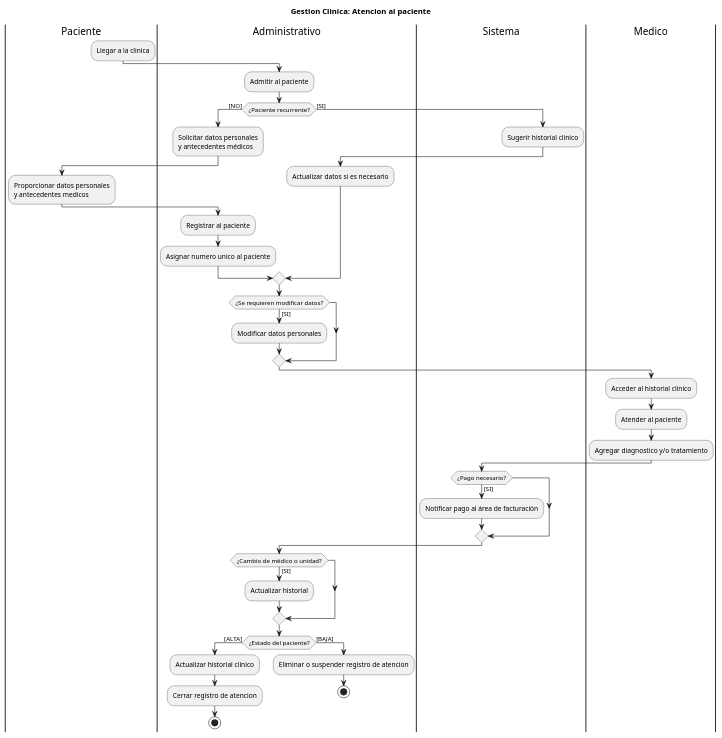
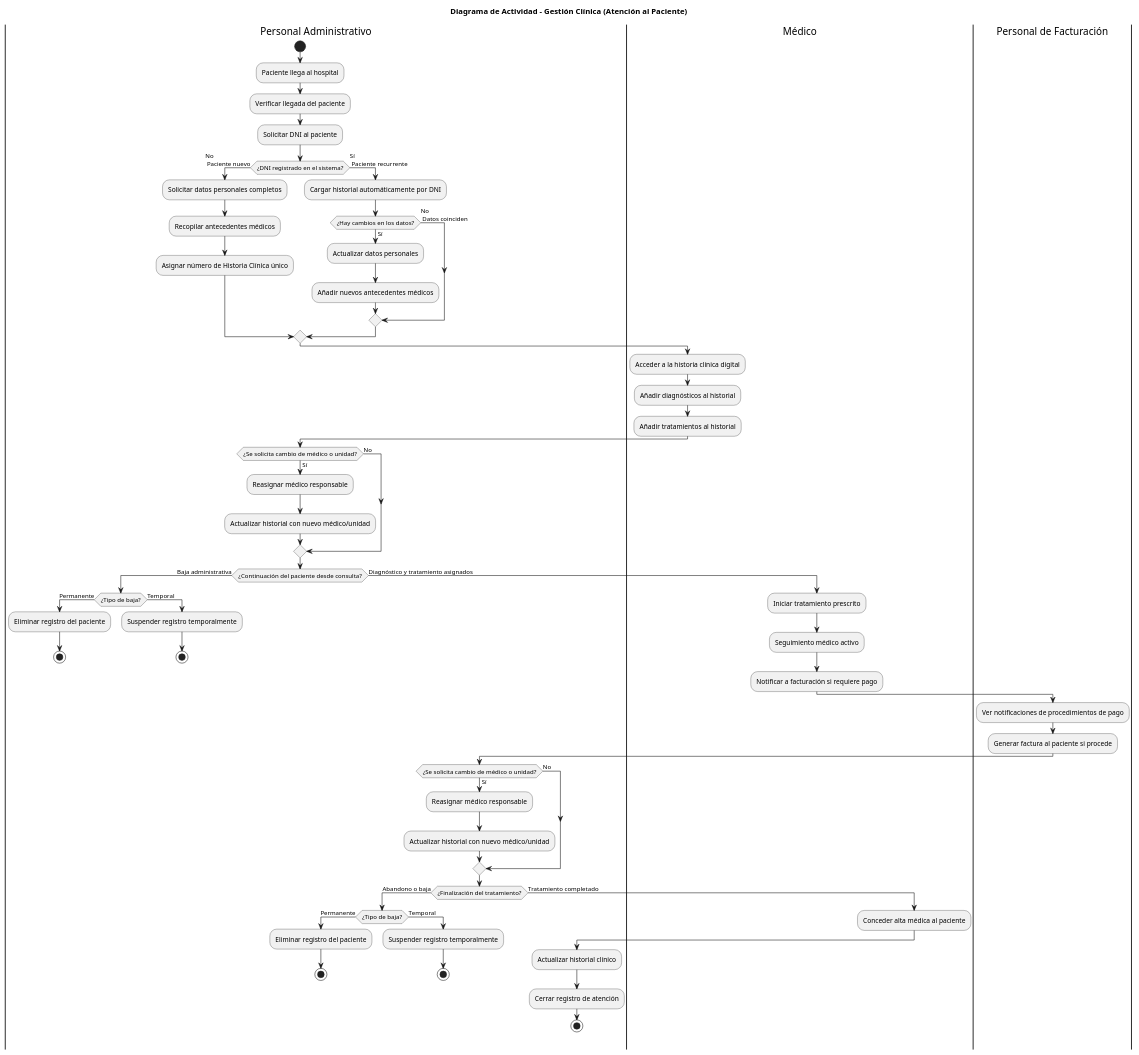
One commit to ATSUSHINICA/Proyecto changed the diagram in Diagramas/Diagrama de actividad/Diagrama_actividad.plantuml. Above: the diagram before and after it, drawn with PlantUML. The commit also changed 14 other files, not shown here.

Commit message:
commit co nlos diagramas de casos

```diff
--- a/Diagramas/Diagrama de actividad/Diagrama_actividad.plantuml
+++ b/Diagramas/Diagrama de actividad/Diagrama_actividad.plantuml
@@ -1,58 +1,137 @@
 @startuml
-title Gestion Clinica: Atencion al paciente
+title Diagrama de Actividad - Gestión Clínica (Atención al Paciente)
 
-|Paciente|
-:Llegar a la clinica;
+|Personal Administrativo|
+start
 
-|Administrativo|
-:Admitir al paciente;
+:Paciente llega al hospital;
+:Verificar llegada del paciente;
+:Solicitar DNI al paciente;
 
-if (¿Paciente recurrente?) then ([NO])
-    |Administrativo|
-    :Solicitar datos personales 
-    y antecedentes médicos;
-    
-    |Paciente|
-    :Proporcionar datos personales 
-    y antecedentes medicos;
-    
-    |Administrativo|
-    :Registrar al paciente;
-    :Asignar numero unico al paciente;
-else ([SI])
-    |Sistema|
-    :Sugerir historial clinico;
-    
-    |Administrativo|
-    :Actualizar datos si es necesario;
-end if;
+if (¿DNI registrado en el sistema?) then (No  \n Paciente nuevo)
 
-|Administrativo|
-if (¿Se requieren modificar datos?) then ([SI])
-    :Modificar datos personales;
-end if;
+    :Solicitar datos personales completos;
 
-|Medico|
-:Acceder al historial clinico;
-:Atender al paciente;
-:Agregar diagnostico y/o tratamiento;
+    :Recopilar antecedentes médicos;
 
-|Sistema|
-if (¿Pago necesario?) then ([SI])
-    :Notificar pago al área de facturación;
-end if;
+    :Asignar número de Historia Clínica único;
 
-|Administrativo|
-if (¿Cambio de médico o unidad?) then ([SI])
-    :Actualizar historial;
-end if;
 
-if (¿Estado del paciente?) then ([ALTA])
-    :Actualizar historial clinico;
-    :Cerrar registro de atencion;
-    stop
-else ([BAJA])
-    :Eliminar o suspender registro de atencion;
-    stop
-end if;
+else (Sí \n Paciente recurrente)
+
+    :Cargar historial automáticamente por DNI;
+
+
+    if (¿Hay cambios en los datos?) then (Sí)
+        :Actualizar datos personales;
+        :Añadir nuevos antecedentes médicos;
+
+    else (No \n Datos coinciden)
+
+    endif
+
+endif
+
+' El médico lleva el control clínico y de modificaciones dentro del historial clinico del paciente 
+' El admin gestiona los cambios administrativos del paciente 
+
+|Médico|
+
+:Acceder a la historia clínica digital;
+:Añadir diagnósticos al historial;
+:Añadir tratamientos al historial;
+
+|Personal Administrativo|
+
+if (¿Se solicita cambio de médico o unidad?) then (Sí)
+
+    :Reasignar médico responsable;
+    :Actualizar historial con nuevo médico/unidad;
+else (No)
+
+endif
+
+if (¿Continuación del paciente desde consulta?) then (Baja administrativa)
+
+    if (¿Tipo de baja?) then (Permanente)
+
+        :Eliminar registro del paciente;
+
+        stop
+
+    else (Temporal)
+
+        :Suspender registro temporalmente;
+
+        stop
+
+    endif
+
+else (Diagnóstico y tratamiento asignados)
+
+
+' El médico aplica y hace seguimiento al paciente para ver si el tratamiento realiza el efecto 
+' esperado por el medico
+
+
+    |Médico|
+
+    :Iniciar tratamiento prescrito;
+    :Seguimiento médico activo;
+
+    ' El sistema notifica automáticamente a facturación
+    ' si el procedimiento requiere pago.
+    ' Facturación lo consulta desde su propio menú
+
+    :Notificar a facturación si requiere pago;
+
+    |Personal de Facturación|
+
+    ' El personal de Facturación es quien revisa si se ha enviado una notificacion de cobro al paciente 
+    ' esa notificación es enviada de parte del médico en caso de se crea cònveniente dependiendo de si 
+    ' despues de la consulta y tratamiento resulta necesario
+
+    :Ver notificaciones de procedimientos de pago;
+    :Generar factura al paciente si procede;
+
+    |Personal Administrativo|
+
+    if (¿Se solicita cambio de médico o unidad?) then (Sí)
+        :Reasignar médico responsable;
+        :Actualizar historial con nuevo médico/unidad;
+    else (No)
+
+    endif
+
+    if (¿Finalización del tratamiento?) then (Abandono o baja)
+
+        if (¿Tipo de baja?) then (Permanente)
+
+            :Eliminar registro del paciente;
+
+            stop
+        else (Temporal)
+
+            :Suspender registro temporalmente;
+
+            stop
+        endif
+
+    else (Tratamiento completado)
+
+        |Médico|
+        :Conceder alta médica al paciente;
+
+        ' El medico es el único después de una evaluación al paciente si se le puede realizar el alta medica 
+
+        |Personal Administrativo|
+        :Actualizar historial clínico;
+        :Cerrar registro de atención;
+        
+        stop
+
+    endif
+
+endif
+
 @enduml
```
